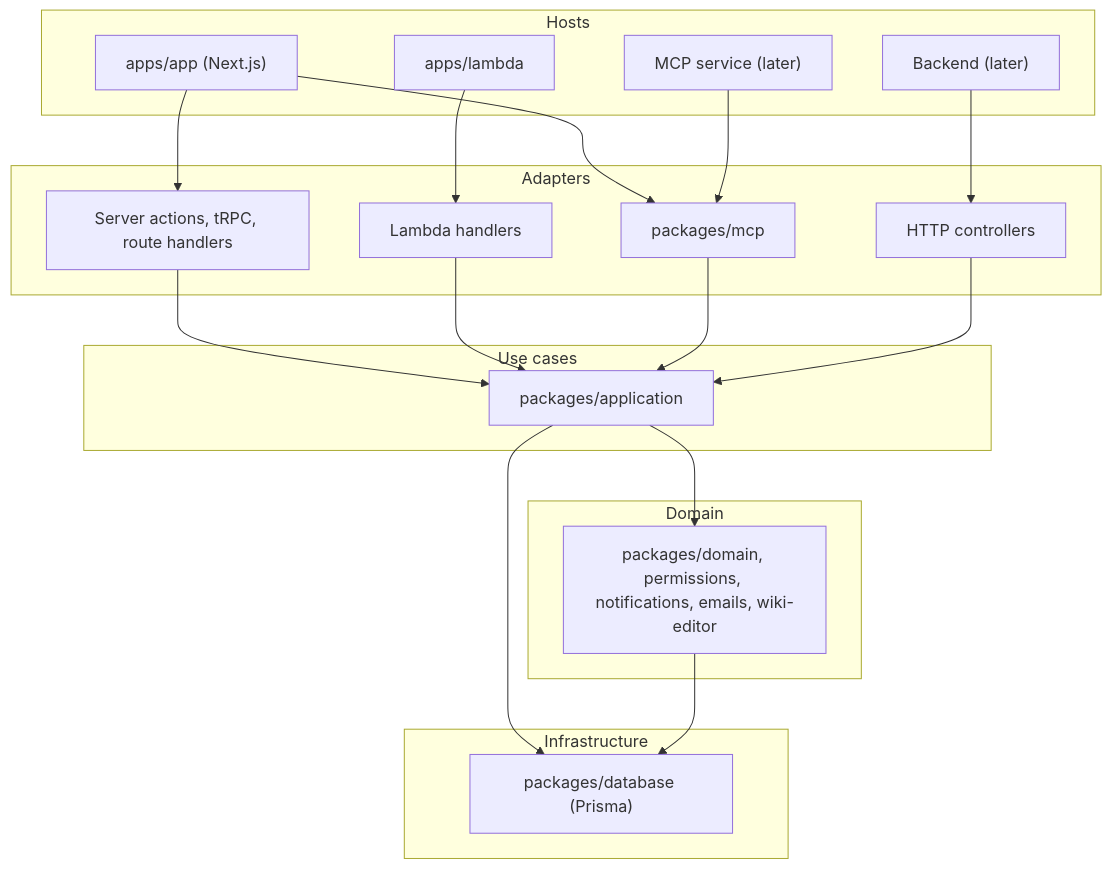
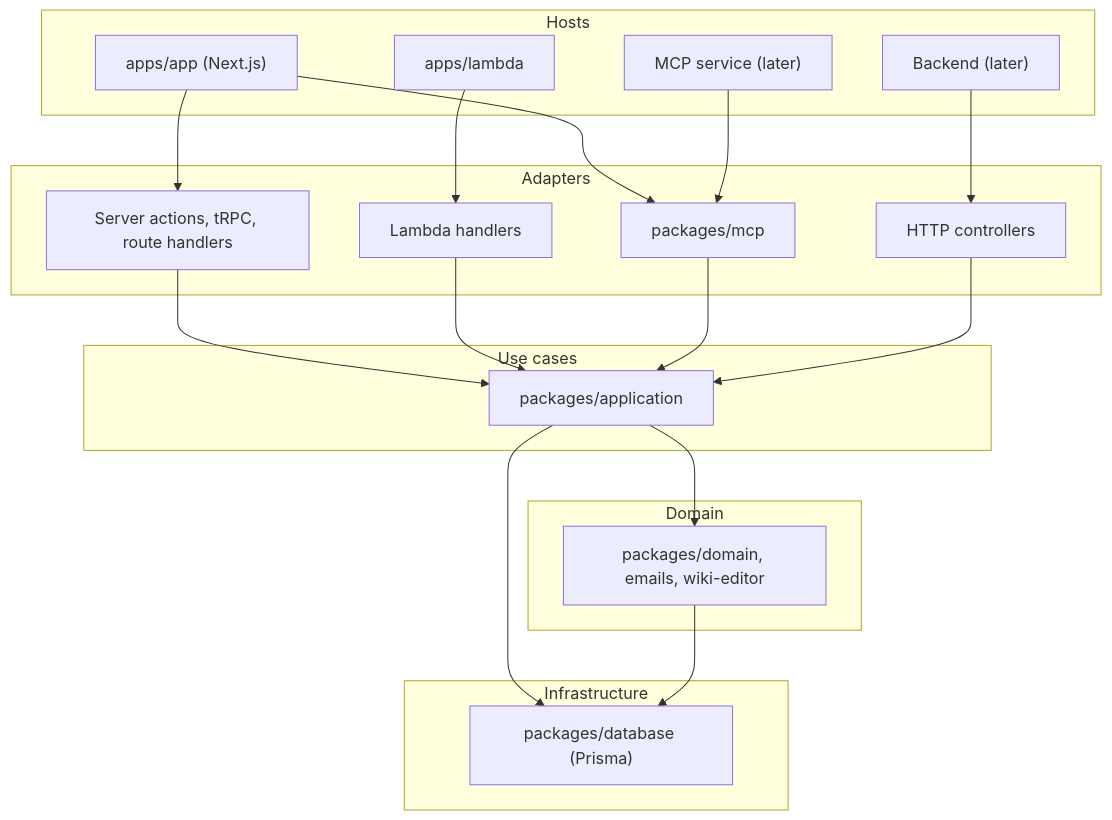
One commit to simonknittel/sinister-incorporated changed the diagram in docs/architecture.md. Above: the diagram before and after it, drawn with Mermaid. The commit also changed other lines of this file and 2 other files, not shown here.

First line of the commit message:
docs: the permissions and notifications packages are part of domain

````diff
--- a/docs/architecture.md
+++ b/docs/architecture.md
@@ -51,41 +49,41 @@
 ```mermaid
 flowchart TB
   subgraph hosts [Hosts]
     app["apps/app (Next.js)"]
     lambda["apps/lambda"]
     mcpService["MCP service (later)"]
     backend["Backend (later)"]
   end
 
   subgraph adapters [Adapters]
     nextAdapters["Server actions, tRPC, route handlers"]
     lambdaHandlers["Lambda handlers"]
     mcp["packages/mcp"]
     controllers["HTTP controllers"]
   end
 
   subgraph useCases [Use cases]
     application["packages/application"]
   end
 
   subgraph domain [Domain]
-    domainPackages["packages/domain, permissions, notifications, emails, wiki-editor"]
+    domainPackages["packages/domain, emails, wiki-editor"]
   end
 
   subgraph infrastructure [Infrastructure]
     database["packages/database (Prisma)"]
   end
 
   app --> nextAdapters
   app --> mcp
   lambda --> lambdaHandlers
   mcpService --> mcp
   backend --> controllers
   nextAdapters --> application
   lambdaHandlers --> application
   mcp --> application
   controllers --> application
   application --> domainPackages
   application --> database
   domainPackages --> database
 ```
````
